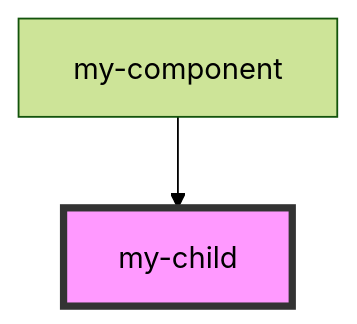
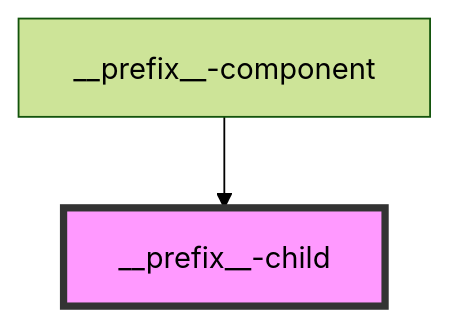
Before and after one commit to msak/stencil-defineCustomElement-issue: the diagram in lib/src/components/my-child/readme.md, drawn with Mermaid (forest theme). The commit also changed other lines of this file and 42 other files, not shown here.

````diff
--- a/lib/src/components/my-child/readme.md
+++ b/lib/src/components/my-child/readme.md
@@ -15,5 +15,5 @@
 ```mermaid
 graph TD;
-  my-component --> my-child
-  style my-child fill:#f9f,stroke:#333,stroke-width:4px
+  __prefix__-component --> __prefix__-child
+  style __prefix__-child fill:#f9f,stroke:#333,stroke-width:4px
 ```
````
